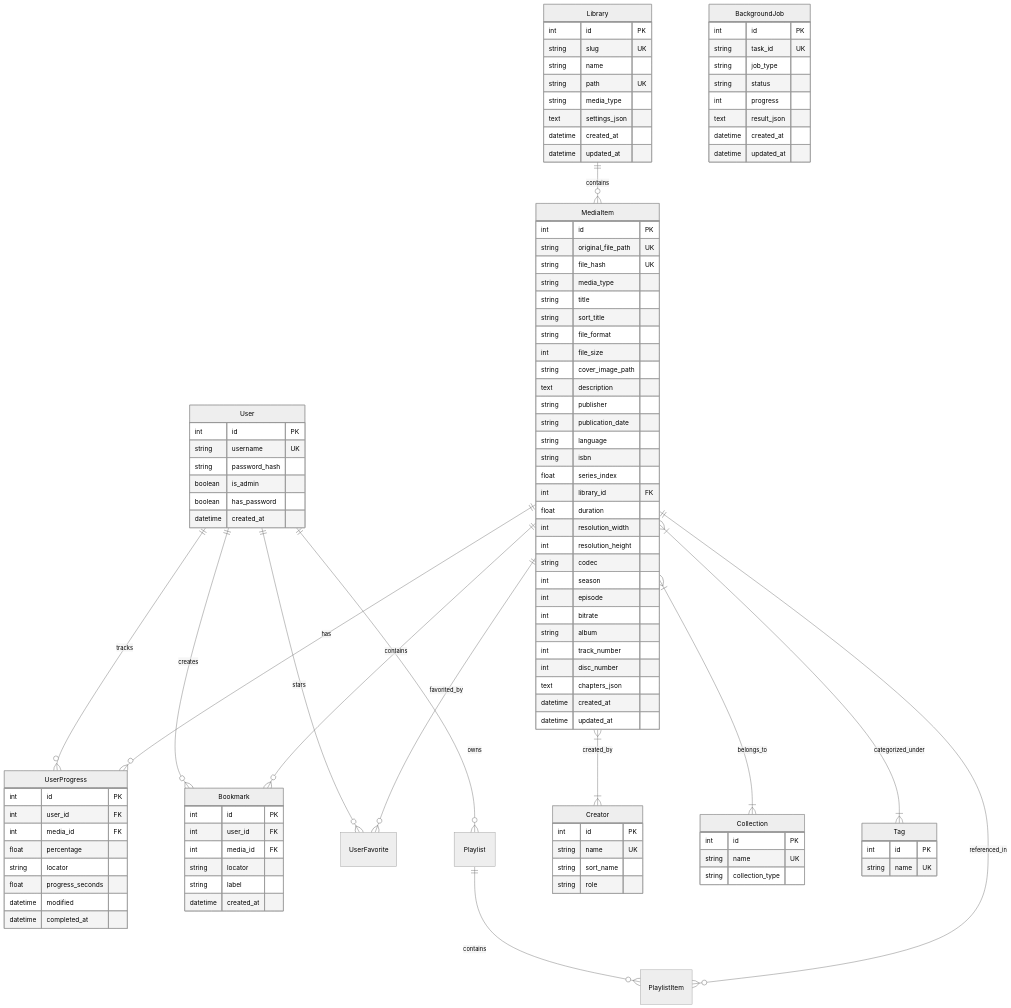
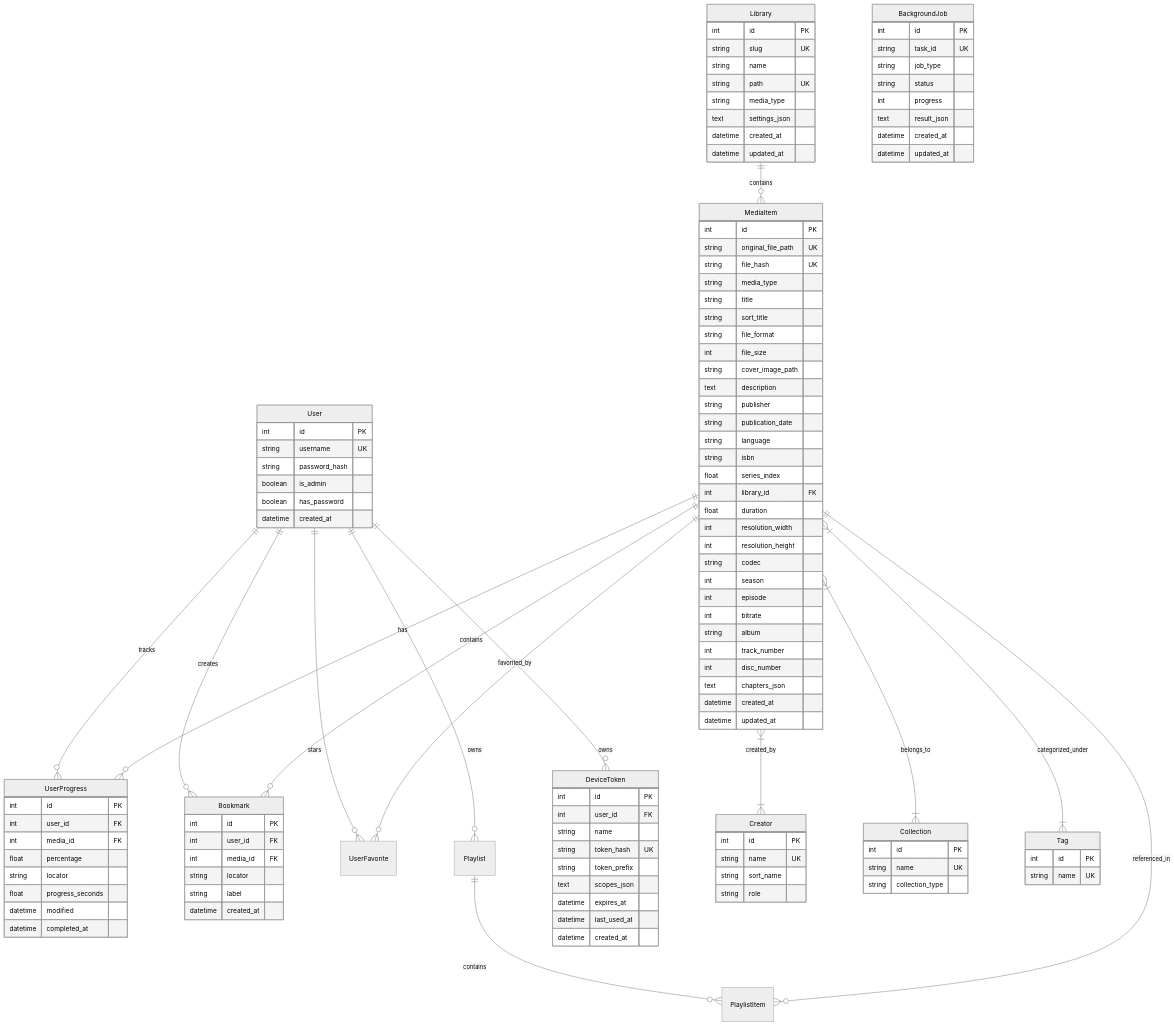
One commit to syfq91/aarkib changed the fourth of 4 diagrams in ARCHITECTURE.md. Above: the diagram before and after it, drawn with Mermaid (neutral theme). The commit also changed other lines of this file and 25 other files, not shown here.

````diff
--- a/ARCHITECTURE.md
+++ b/ARCHITECTURE.md
@@ -357,6 +387,7 @@
     User ||--o{ Bookmark : "creates"
     User ||--o{ UserFavorite : "stars"
     User ||--o{ Playlist : "owns"
+    User ||--o{ DeviceToken : "owns"
     Playlist ||--o{ PlaylistItem : "contains"
     MediaItem ||--o{ PlaylistItem : "referenced_in"
     MediaItem ||--o{ UserProgress : "has"
@@ -467,4 +498,16 @@
         datetime created_at
         datetime updated_at
     }
+
+    DeviceToken {
+        int id PK
+        int user_id FK
+        string name
+        string token_hash UK
+        string token_prefix
+        text scopes_json
+        datetime expires_at
+        datetime last_used_at
+        datetime created_at
+    }
 ```
````
